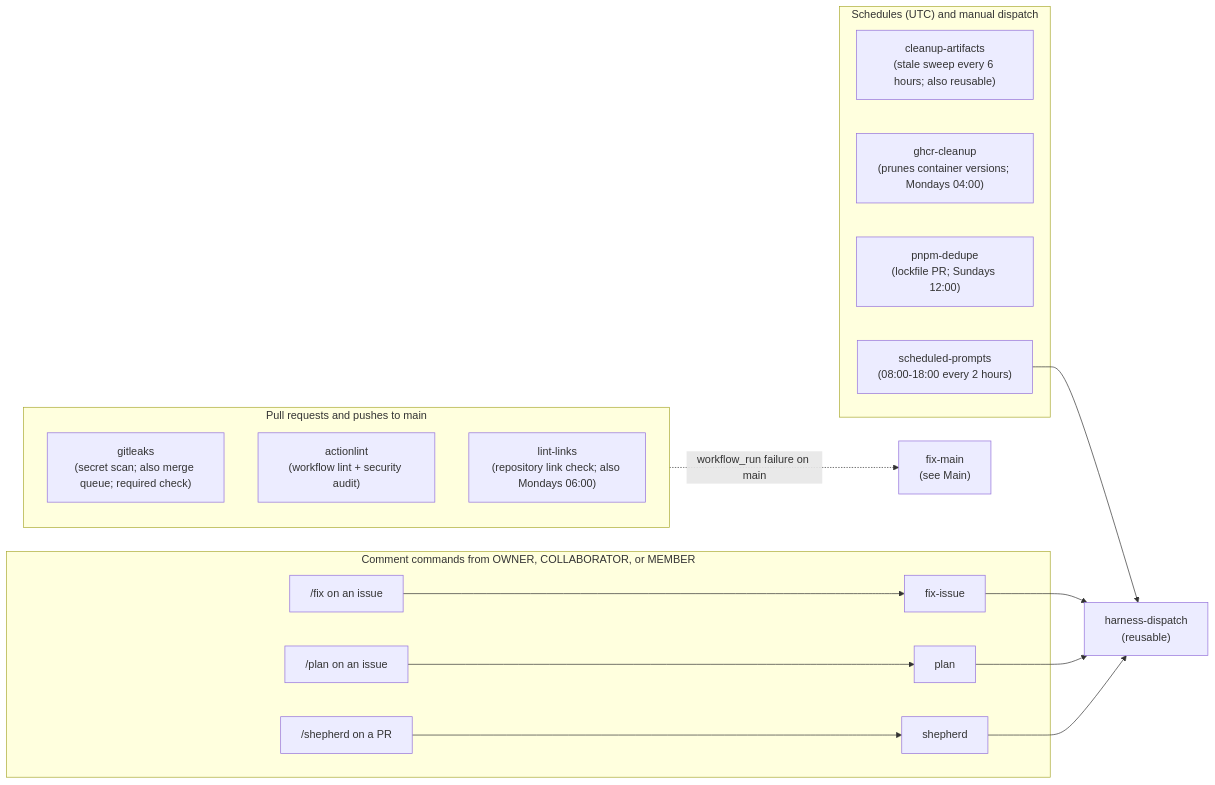
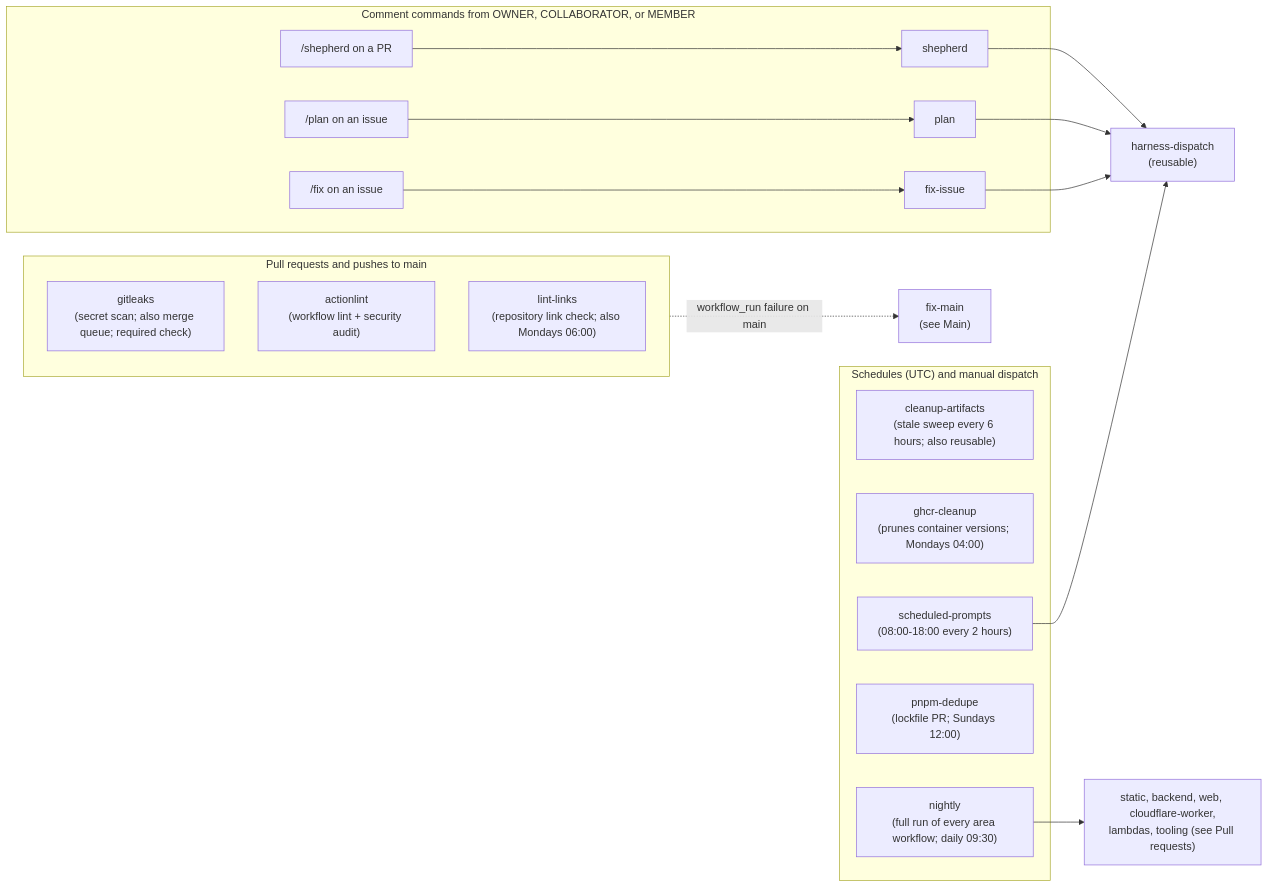
Before and after one commit to vouchington/vouchington: the diagram in .github/workflows/reference-workflow-automation-always-run.md, drawn with Mermaid. The commit also changed other lines of this file and 68 other files, not shown here.

First line of the commit message:
ci(workflows): add per-area workflows, nightly run, and Codecov flags

````diff
--- a/.github/workflows/reference-workflow-automation-always-run.md
+++ b/.github/workflows/reference-workflow-automation-always-run.md
@@ -11,29 +13,32 @@
 ```mermaid
 flowchart LR
     subgraph pr-and-main["Pull requests and pushes to main"]
         gitleaks["gitleaks<br/>(secret scan; also merge queue; required check)"]
         actionlint["actionlint<br/>(workflow lint + security audit)"]
         lint-links["lint-links<br/>(repository link check; also Mondays 06:00)"]
     end
     subgraph schedules["Schedules (UTC) and manual dispatch"]
         cleanup-artifacts["cleanup-artifacts<br/>(stale sweep every 6 hours; also reusable)"]
         ghcr-cleanup["ghcr-cleanup<br/>(prunes container versions; Mondays 04:00)"]
+        nightly["nightly<br/>(full run of every area workflow; daily 09:30)"]
         pnpm-dedupe["pnpm-dedupe<br/>(lockfile PR; Sundays 12:00)"]
         scheduled-prompts["scheduled-prompts<br/>(08:00-18:00 every 2 hours)"]
     end
     subgraph comment-commands["Comment commands from OWNER, COLLABORATOR, or MEMBER"]
         fix-issue-comment["/fix on an issue"]
         plan-comment["/plan on an issue"]
         shepherd-comment["/shepherd on a PR"]
         fix-issue-comment --> fix-issue["fix-issue"]
         plan-comment --> plan["plan"]
         shepherd-comment --> shepherd["shepherd"]
     end
     harness-dispatch["harness-dispatch<br/>(reusable)"]
     fix-main-ref["fix-main<br/>(see Main)"]
+    area-workflows-ref["static, backend, web, cloudflare-worker,<br/>lambdas, tooling (see Pull requests)"]
+    nightly --> area-workflows-ref
     pr-and-main -. "workflow_run failure on main" .-> fix-main-ref
     scheduled-prompts --> harness-dispatch
     fix-issue --> harness-dispatch
     plan --> harness-dispatch
     shepherd --> harness-dispatch
 ```
````
